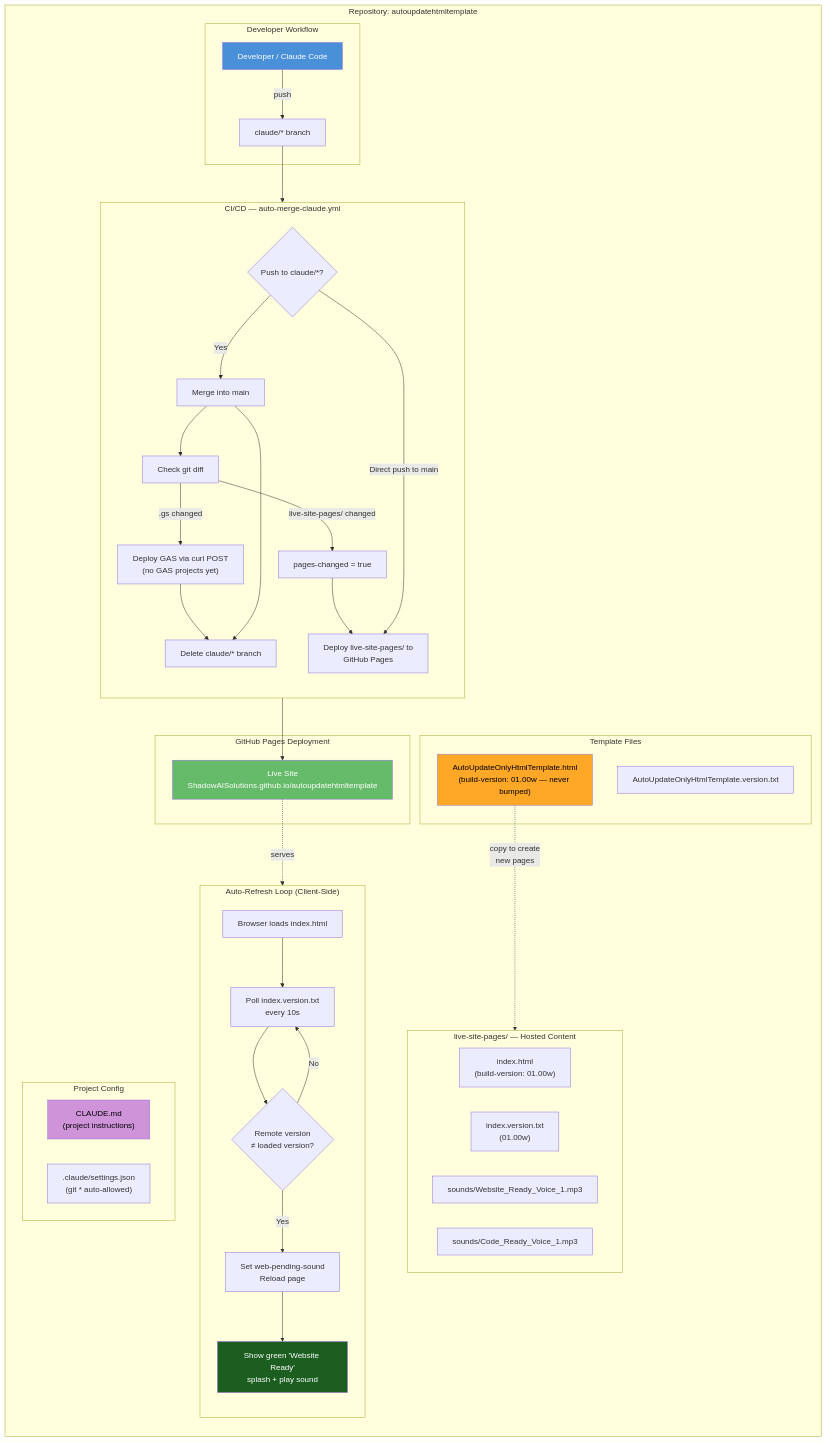
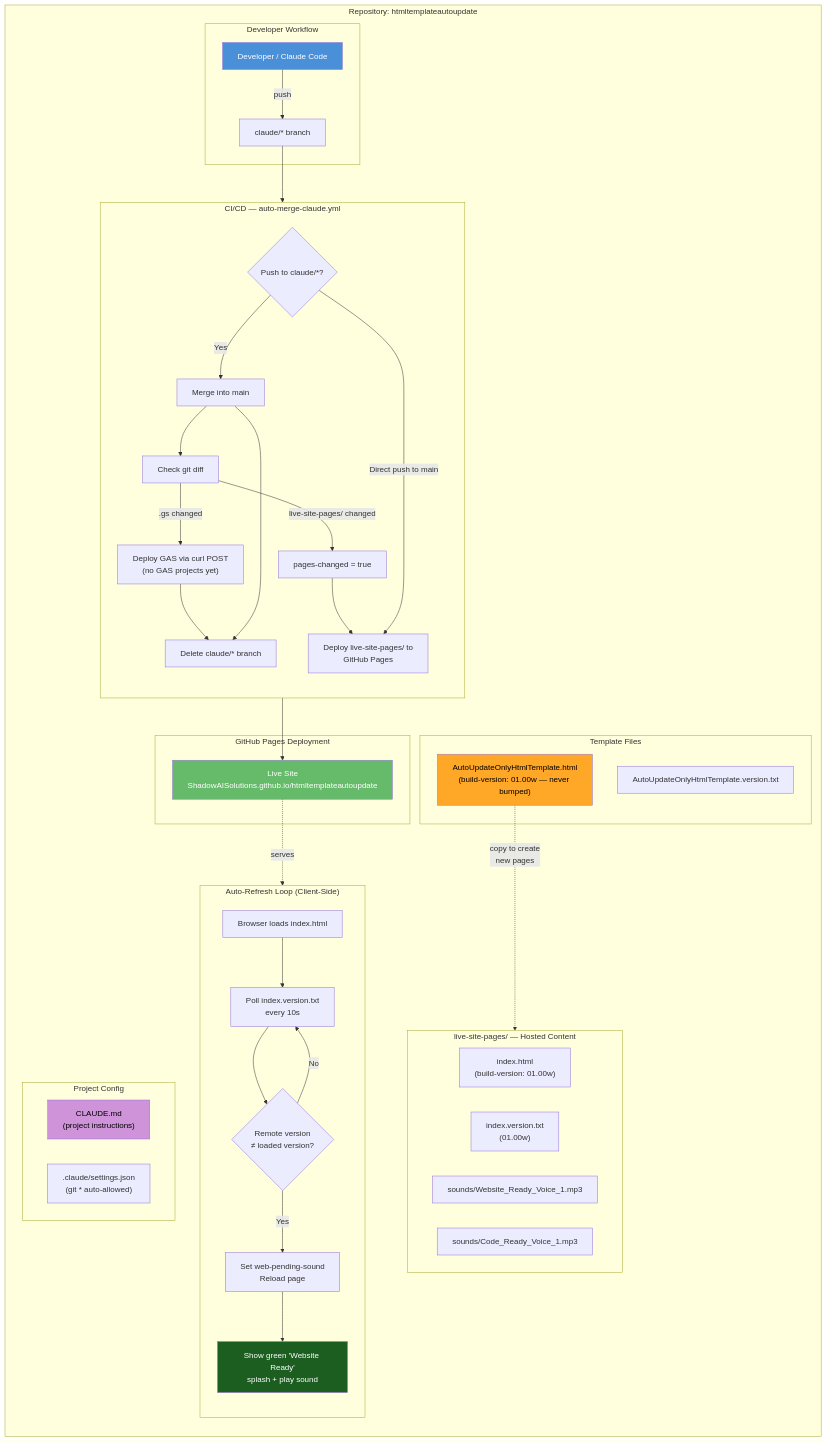
The diagram in repository-information/ARCHITECTURE.md (ShadowAISolutions/htmltemplateautoupdate), drawn with Mermaid before and after one commit. The commit also changed 5 other files, not shown here.

First line of the commit message:
Rename all repo references from autoupdatehtmltemplate to htmltemplateautoupdate

````diff
--- a/repository-information/ARCHITECTURE.md
+++ b/repository-information/ARCHITECTURE.md
@@ -3,73 +3,73 @@
 ```mermaid
 graph TB
-    subgraph "Repository: autoupdatehtmltemplate"
+    subgraph "Repository: htmltemplateautoupdate"
         direction TB
 
         subgraph "Developer Workflow"
             DEV["Developer / Claude Code"]
             CB["claude/* branch"]
             DEV -->|"push"| CB
         end
 
         subgraph "CI/CD — auto-merge-claude.yml"
             direction TB
             TRIGGER{"Push to claude/*?"}
             CB --> TRIGGER
             TRIGGER -->|Yes| MERGE["Merge into main"]
             MERGE --> DIFF["Check git diff"]
             DIFF -->|"live-site-pages/ changed"| PAGES_FLAG["pages-changed = true"]
             DIFF -->|".gs changed"| GAS_DEPLOY["Deploy GAS via curl POST\n(no GAS projects yet)"]
             GAS_DEPLOY --> DELETE_BR
             MERGE --> DELETE_BR["Delete claude/* branch"]
             PAGES_FLAG --> DEPLOY_PAGES
             TRIGGER -->|"Direct push to main"| DEPLOY_PAGES
         end
 
         subgraph "GitHub Pages Deployment"
             DEPLOY_PAGES["Deploy live-site-pages/ to\nGitHub Pages"]
-            LIVE["Live Site\nShadowAISolutions.github.io/autoupdatehtmltemplate"]
+            LIVE["Live Site\nShadowAISolutions.github.io/htmltemplateautoupdate"]
             DEPLOY_PAGES --> LIVE
         end
 
         subgraph "live-site-pages/ — Hosted Content"
             direction LR
             INDEX["index.html\n(build-version: 01.00w)"]
             VERTXT["index.version.txt\n(01.00w)"]
             SND1["sounds/Website_Ready_Voice_1.mp3"]
             SND2["sounds/Code_Ready_Voice_1.mp3"]
         end
 
         subgraph "Auto-Refresh Loop (Client-Side)"
             direction TB
             BROWSER["Browser loads index.html"]
             POLL["Poll index.version.txt\nevery 10s"]
             COMPARE{"Remote version\n≠ loaded version?"}
             RELOAD["Set web-pending-sound\nReload page"]
             SPLASH["Show green 'Website Ready'\nsplash + play sound"]
             BROWSER --> POLL
             POLL --> COMPARE
             COMPARE -->|Yes| RELOAD
             RELOAD --> SPLASH
             COMPARE -->|No| POLL
         end
 
         subgraph "Template Files"
             TPL["AutoUpdateOnlyHtmlTemplate.html\n(build-version: 01.00w — never bumped)"]
             TPL_VER["AutoUpdateOnlyHtmlTemplate.version.txt"]
         end
 
         subgraph "Project Config"
             CLAUDE_MD["CLAUDE.md\n(project instructions)"]
             SETTINGS[".claude/settings.json\n(git * auto-allowed)"]
         end
     end
 
     TPL -.->|"copy to create\nnew pages"| INDEX
     LIVE -.->|"serves"| BROWSER
 
     style DEV fill:#4a90d9,color:#fff
     style LIVE fill:#66bb6a,color:#fff
     style SPLASH fill:#1b5e20,color:#fff
     style TPL fill:#ffa726,color:#000
     style CLAUDE_MD fill:#ce93d8,color:#000
 ```
````
